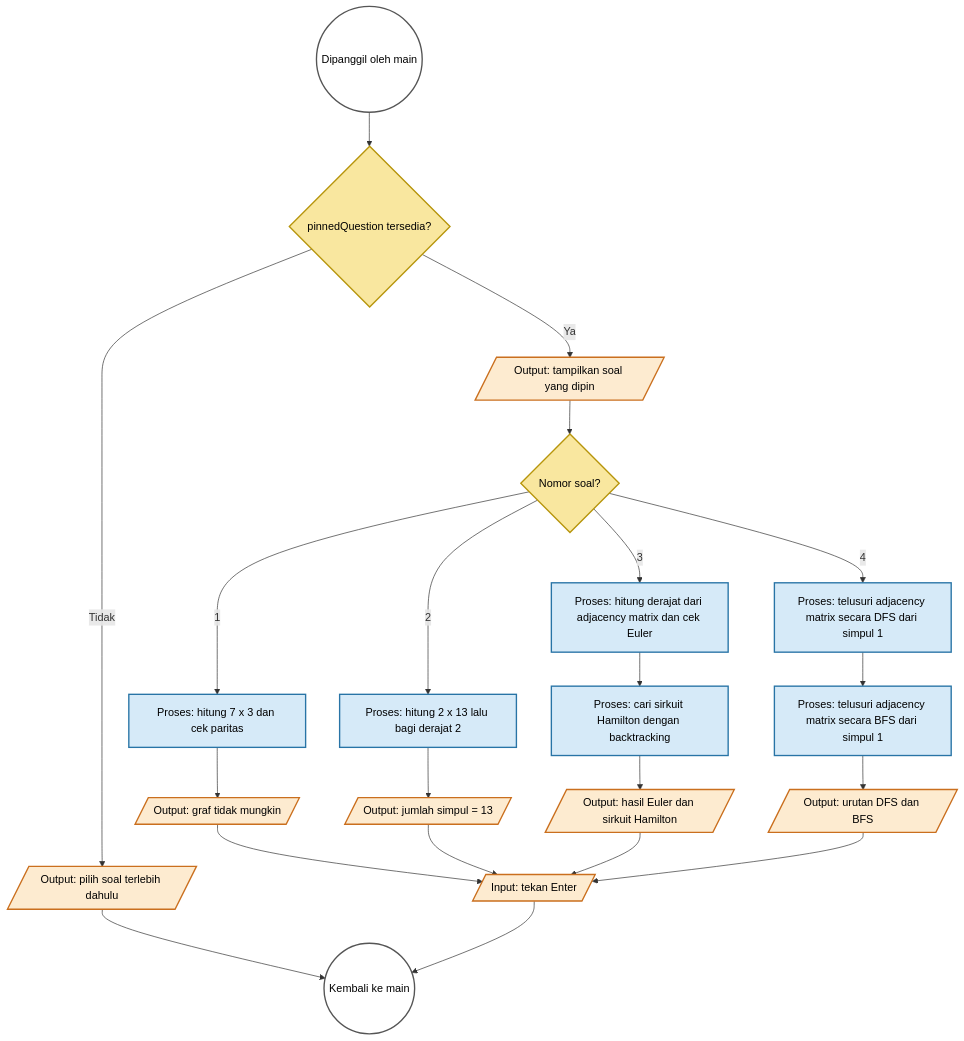
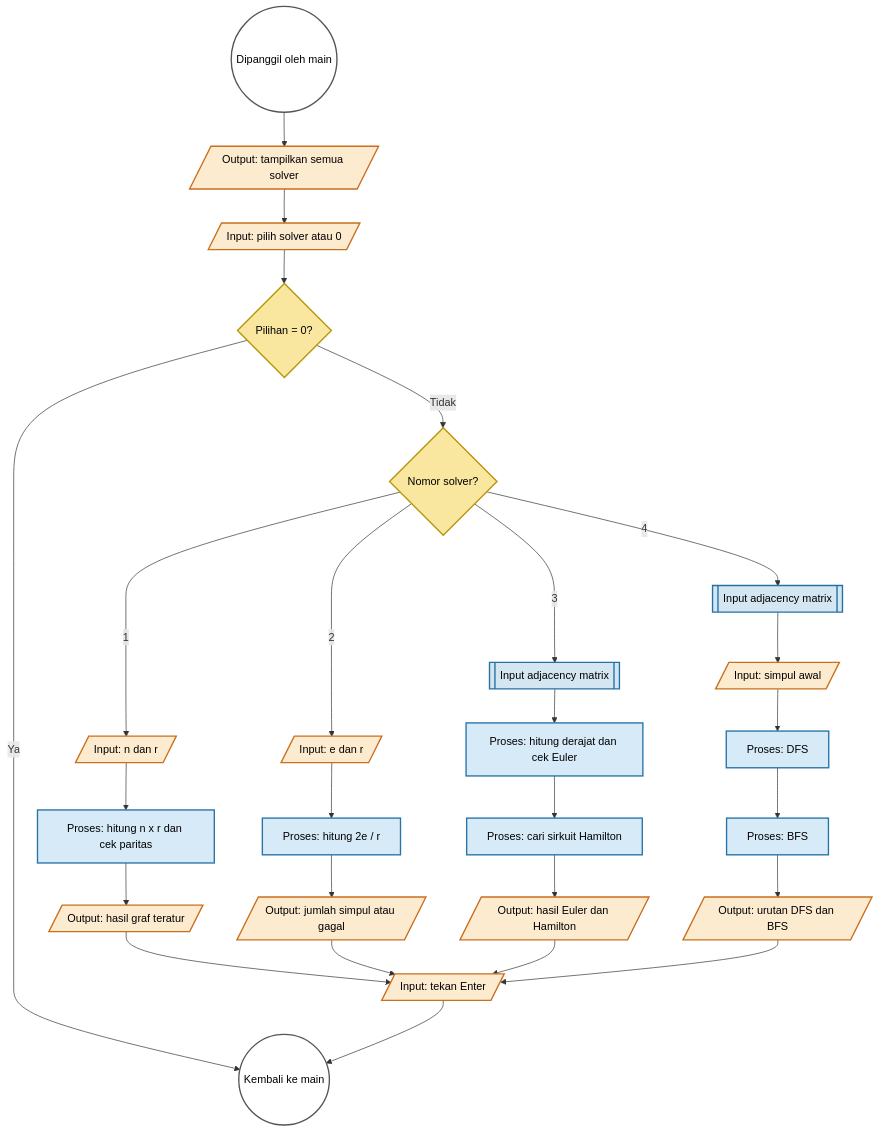
Before and after one commit to kyberneticus/graph: the third of 4 diagrams in FLOWCHART.md, drawn with Mermaid. The commit also changed other lines of this file and 2 other files, not shown here.

First line of the commit message:
feat: add interactive graph solver input

````diff
--- a/FLOWCHART.md
+++ b/FLOWCHART.md
@@ -74,39 +69,45 @@
 ```mermaid
 flowchart TD
-    Entry((Dipanggil oleh main)) --> Selected{pinnedQuestion tersedia?}
-    Selected -- Tidak --> NeedQuestion[/Output: pilih soal terlebih dahulu/]
-    NeedQuestion --> Return((Kembali ke main))
+    Entry((Dipanggil oleh main)) --> SolverMenu[/Output: tampilkan semua solver/]
+    SolverMenu --> SolverInput[/Input: pilih solver atau 0/]
+    SolverInput --> Back{Pilihan = 0?}
+    Back -- Ya --> Return((Kembali ke main))
+    Back -- Tidak --> Which{Nomor solver?}
 
-    Selected -- Ya --> Show[/Output: tampilkan soal yang dipin/]
-    Show --> Which{Nomor soal?}
+    Which -- "1" --> RegularInput[/Input: n dan r/]
+    RegularInput --> RegularCalc[Proses: hitung n x r dan cek paritas]
+    RegularCalc --> RegularOutput[/Output: hasil graf teratur/]
 
-    Which -- "1" --> Regular[Proses: hitung 7 x 3 dan cek paritas]
-    Regular --> RegularResult[/Output: graf tidak mungkin/]
+    Which -- "2" --> SameDegreeInput[/Input: e dan r/]
+    SameDegreeInput --> SameDegreeCalc[Proses: hitung 2e / r]
+    SameDegreeCalc --> SameDegreeOutput[/Output: jumlah simpul atau gagal/]
 
-    Which -- "2" --> DegreeTwo[Proses: hitung 2 x 13 lalu bagi derajat 2]
-    DegreeTwo --> DegreeTwoResult[/Output: jumlah simpul = 13/]
+    Which -- "3" --> EulerInput[[Input adjacency matrix]]
+    EulerInput --> EulerCalc[Proses: hitung derajat dan cek Euler]
+    EulerCalc --> HamiltonCalc[Proses: cari sirkuit Hamilton]
+    HamiltonCalc --> EulerOutput[/Output: hasil Euler dan Hamilton/]
 
-    Which -- "3" --> Euler[Proses: hitung derajat dari adjacency matrix dan cek Euler]
-    Euler --> Hamilton[Proses: cari sirkuit Hamilton dengan backtracking]
-    Hamilton --> EulerHamiltonResult[/Output: hasil Euler dan sirkuit Hamilton/]
+    Which -- "4" --> TraversalInput[[Input adjacency matrix]]
+    TraversalInput --> StartInput[/Input: simpul awal/]
+    StartInput --> DFS[Proses: DFS]
+    DFS --> BFS[Proses: BFS]
+    BFS --> TraversalOutput[/Output: urutan DFS dan BFS/]
 
-    Which -- "4" --> DFS[Proses: telusuri adjacency matrix secara DFS dari simpul 1]
-    DFS --> BFS[Proses: telusuri adjacency matrix secara BFS dari simpul 1]
-    BFS --> TraversalResult[/Output: urutan DFS dan BFS/]
-
-    RegularResult --> Pause[/Input: tekan Enter/]
-    DegreeTwoResult --> Pause
-    EulerHamiltonResult --> Pause
-    TraversalResult --> Pause
+    RegularOutput --> Pause[/Input: tekan Enter/]
+    SameDegreeOutput --> Pause
+    EulerOutput --> Pause
+    TraversalOutput --> Pause
     Pause --> Return
 
     classDef connector fill:#FFFFFF,stroke:#555555,color:#000,stroke-width:2px;
     classDef process fill:#D6EAF8,stroke:#2874A6,color:#000,stroke-width:2px;
     classDef io fill:#FDEBD0,stroke:#CA6F1E,color:#000,stroke-width:2px;
     classDef decision fill:#F9E79F,stroke:#B7950B,color:#000,stroke-width:2px;
+    classDef subprocess fill:#D4E6F1,stroke:#2471A3,color:#000,stroke-width:2px;
 
     class Entry,Return connector;
-    class Regular,DegreeTwo,Euler,Hamilton,DFS,BFS process;
-    class NeedQuestion,Show,RegularResult,DegreeTwoResult,EulerHamiltonResult,TraversalResult,Pause io;
-    class Selected,Which decision;
+    class RegularCalc,SameDegreeCalc,EulerCalc,HamiltonCalc,DFS,BFS process;
+    class SolverMenu,SolverInput,RegularInput,RegularOutput,SameDegreeInput,SameDegreeOutput,StartInput,EulerOutput,TraversalOutput,Pause io;
+    class Back,Which decision;
+    class EulerInput,TraversalInput subprocess;
 ```
````
